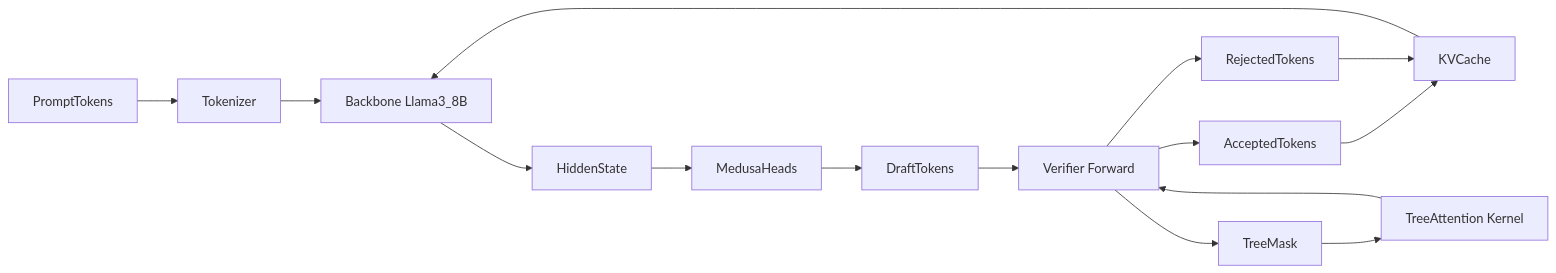
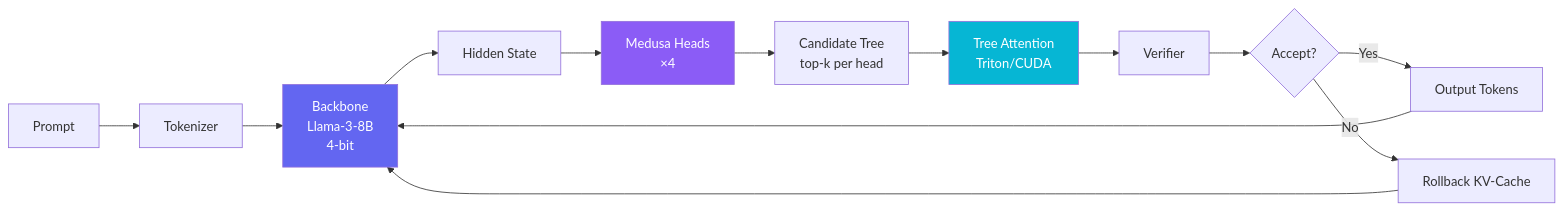
Before and after one commit to matteso1/ProjectGorgon: the first of 2 diagrams in README.md, drawn with Mermaid. The commit also changed other lines of this file and 28 other files, not shown here.

````diff
--- a/README.md
+++ b/README.md
@@ -18,17 +27,19 @@
 ```mermaid
 flowchart LR
-    Prompt[PromptTokens] --> Tokenizer[Tokenizer]
-    Tokenizer --> Backbone["Backbone Llama3_8B"]
-    Backbone --> Hidden[HiddenState]
-    Hidden --> MedusaHeads[MedusaHeads]
-    MedusaHeads --> Draft[DraftTokens]
-    Draft --> Verifier["Verifier Forward"]
-    Verifier --> Accept[AcceptedTokens]
-    Verifier --> Reject[RejectedTokens]
-    Accept --> KVC[KVCache]
-    Reject --> KVC
-    KVC --> Backbone
-    Verifier --> TreeMask[TreeMask]
-    TreeMask --> TreeAttn["TreeAttention Kernel"]
-    TreeAttn --> Verifier
+    A[Prompt] --> B[Tokenizer]
+    B --> C[Backbone<br/>Llama-3-8B<br/>4-bit]
+    C --> D[Hidden State]
+    D --> E[Medusa Heads<br/>×4]
+    E --> F[Candidate Tree<br/>top-k per head]
+    F --> G[Tree Attention<br/>Triton/CUDA]
+    G --> H[Verifier]
+    H --> I{Accept?}
+    I -->|Yes| J[Output Tokens]
+    I -->|No| K[Rollback KV-Cache]
+    J --> C
+    K --> C
+
+    style C fill:#6366f1,color:#fff
+    style E fill:#8b5cf6,color:#fff
+    style G fill:#06b6d4,color:#fff
 ```
````
